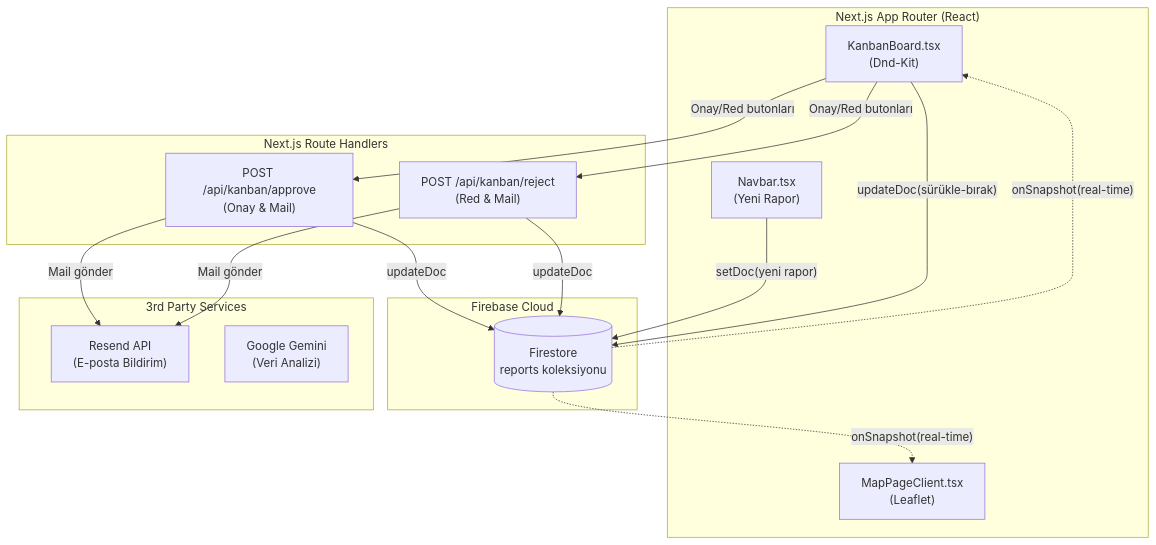
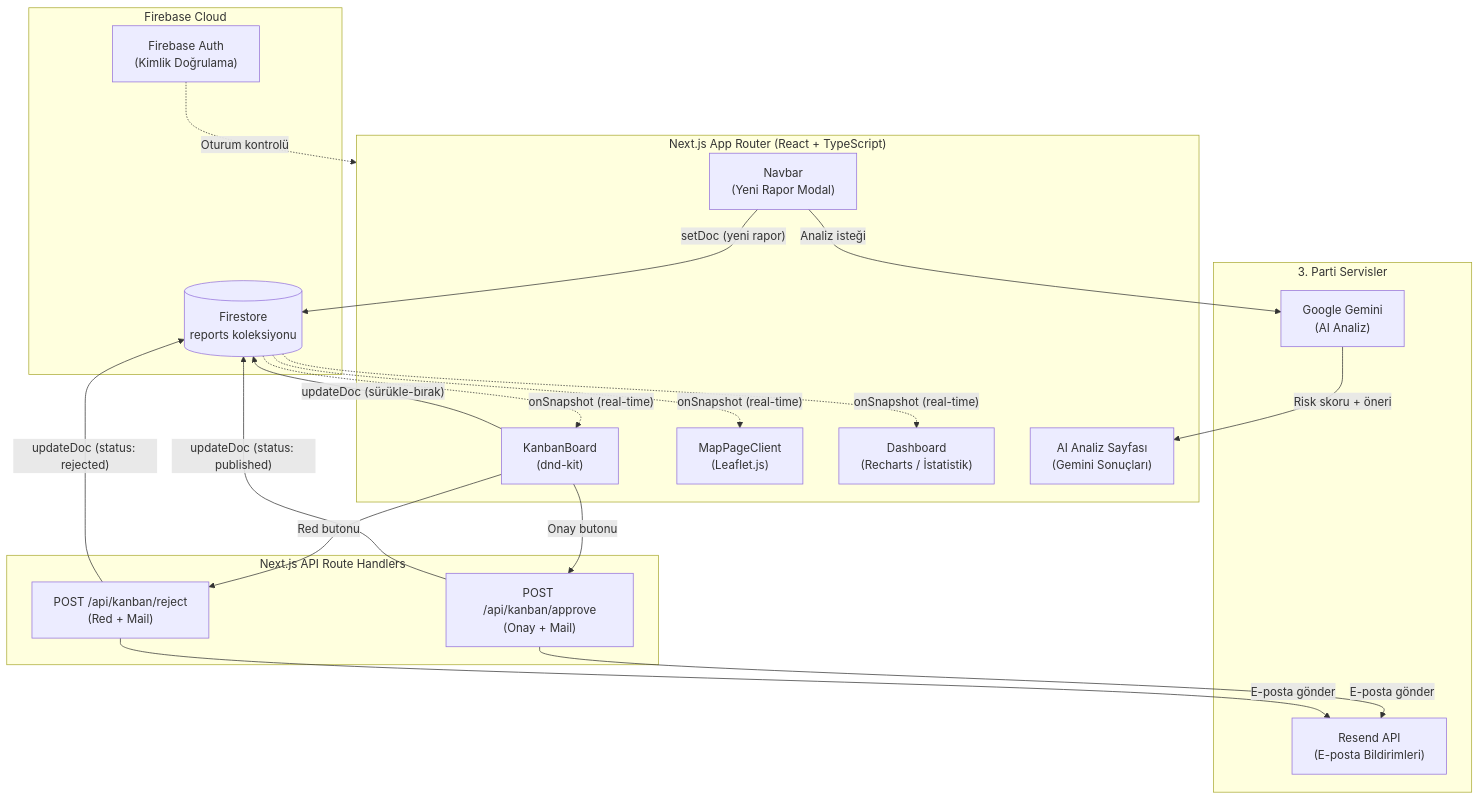
One commit to meryemgcl/aquaguard-app changed the diagram in README.md. Above: the diagram before and after it, drawn with Mermaid. The commit also changed other lines of this file, not shown here.

Commit message:
docs: profesyonel README yeniden yazildi - mimari, rol sistemi, mermaid diyagrami, tam kurulum rehberi eklendi

````diff
--- a/README.md
+++ b/README.md
@@ -71,36 +157,44 @@
 ```mermaid
 flowchart TD
-    subgraph Frontend["Next.js App Router (React)"]
-        UI_Kanban["KanbanBoard.tsx\n(Dnd-Kit)"]
-        UI_Map["MapPageClient.tsx\n(Leaflet)"]
-        UI_Nav["Navbar.tsx\n(Yeni Rapor)"]
+    subgraph Frontend["Next.js App Router (React + TypeScript)"]
+        UI_Nav["Navbar\n(Yeni Rapor Modal)"]
+        UI_Kanban["KanbanBoard\n(dnd-kit)"]
+        UI_Map["MapPageClient\n(Leaflet.js)"]
+        UI_Dashboard["Dashboard\n(Recharts / İstatistik)"]
+        UI_AI["AI Analiz Sayfası\n(Gemini Sonuçları)"]
     end
 
-    subgraph Backend["Firebase Cloud"]
+    subgraph Firebase["Firebase Cloud"]
         FS_DB[("Firestore\nreports koleksiyonu")]
+        FB_Auth["Firebase Auth\n(Kimlik Doğrulama)"]
     end
 
-    subgraph API["Next.js Route Handlers"]
-        API_Approve["POST /api/kanban/approve\n(Onay & Mail)"]
-        API_Reject["POST /api/kanban/reject\n(Red & Mail)"]
-    end
-    
-    subgraph Services["3rd Party Services"]
-        Mail["Resend API\n(E-posta Bildirim)"]
-        AI["Google Gemini\n(Veri Analizi)"]
+    subgraph API["Next.js API Route Handlers"]
+        API_Approve["POST /api/kanban/approve\n(Onay + Mail)"]
+        API_Reject["POST /api/kanban/reject\n(Red + Mail)"]
     end
 
-    UI_Nav -- "setDoc(yeni rapor)" --> FS_DB
-    FS_DB -. "onSnapshot(real-time)" .-> UI_Kanban
-    FS_DB -. "onSnapshot(real-time)" .-> UI_Map
-    
-    UI_Kanban -- "updateDoc(sürükle-bırak)" --> FS_DB
-    UI_Kanban -- "Onay/Red butonları" --> API_Approve
-    UI_Kanban -- "Onay/Red butonları" --> API_Reject
-    
-    API_Approve -- "updateDoc" --> FS_DB
-    API_Reject -- "updateDoc" --> FS_DB
-    
-    API_Approve -- "Mail gönder" --> Mail
-    API_Reject -- "Mail gönder" --> Mail
+    subgraph External["3. Parti Servisler"]
+        Mail["Resend API\n(E-posta Bildirimleri)"]
+        Gemini["Google Gemini\n(AI Analiz)"]
+    end
+
+    UI_Nav -- "setDoc (yeni rapor)" --> FS_DB
+    UI_Nav -- "Analiz isteği" --> Gemini
+    Gemini -- "Risk skoru + öneri" --> UI_AI
+
+    FS_DB -. "onSnapshot (real-time)" .-> UI_Kanban
+    FS_DB -. "onSnapshot (real-time)" .-> UI_Map
+    FS_DB -. "onSnapshot (real-time)" .-> UI_Dashboard
+
+    UI_Kanban -- "updateDoc (sürükle-bırak)" --> FS_DB
+    UI_Kanban -- "Onay butonu" --> API_Approve
+    UI_Kanban -- "Red butonu" --> API_Reject
+
+    API_Approve -- "updateDoc (status: published)" --> FS_DB
+    API_Reject -- "updateDoc (status: rejected)" --> FS_DB
+    API_Approve -- "E-posta gönder" --> Mail
+    API_Reject -- "E-posta gönder" --> Mail
+
+    FB_Auth -. "Oturum kontrolü" .-> Frontend
 ```
````
